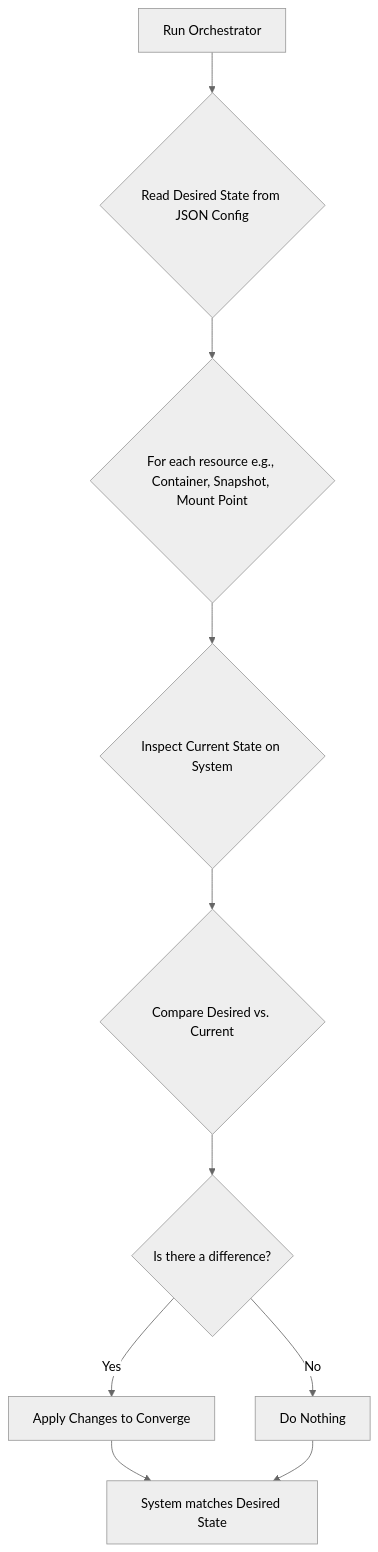
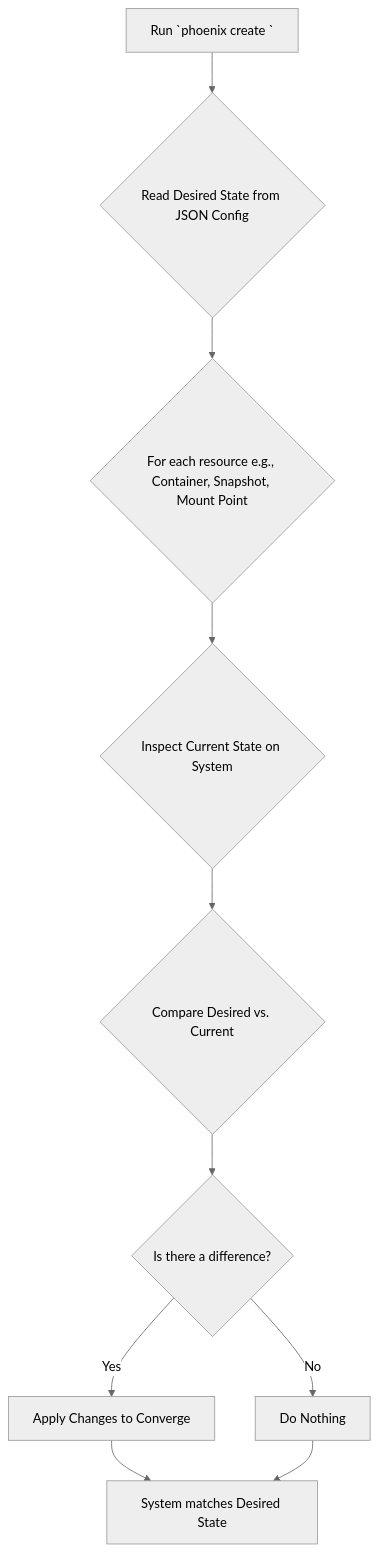
Before and after one commit to SirHeads/Testing-ideas: the first of 2 diagrams in Thinkheads.AI_docs/03_phoenix_hypervisor_implementation/00_guides/01_declarative_architecture_guide.md, drawn with Mermaid (neutral theme). The commit also changed other lines of this file and 51 other files, not shown here.

````diff
--- a/Thinkheads.AI_docs/03_phoenix_hypervisor_implementation/00_guides/01_declarative_architecture_guide.md
+++ b/Thinkheads.AI_docs/03_phoenix_hypervisor_implementation/00_guides/01_declarative_architecture_guide.md
@@ -39,12 +39,12 @@
 ```mermaid
 graph TD
-    A[Run Orchestrator] --> B{Read Desired State from JSON Config};
+    A[Run `phoenix create <ID>`] --> B{Read Desired State from JSON Config};
     B --> C{For each resource e.g., Container, Snapshot, Mount Point};
     C --> D{Inspect Current State on System};
     D --> E{Compare Desired vs. Current};
     E --> F{Is there a difference?};
     F -- Yes --> G[Apply Changes to Converge];
     F -- No --> H[Do Nothing];
     G --> I[System matches Desired State];
     H --> I;
 ```
````
